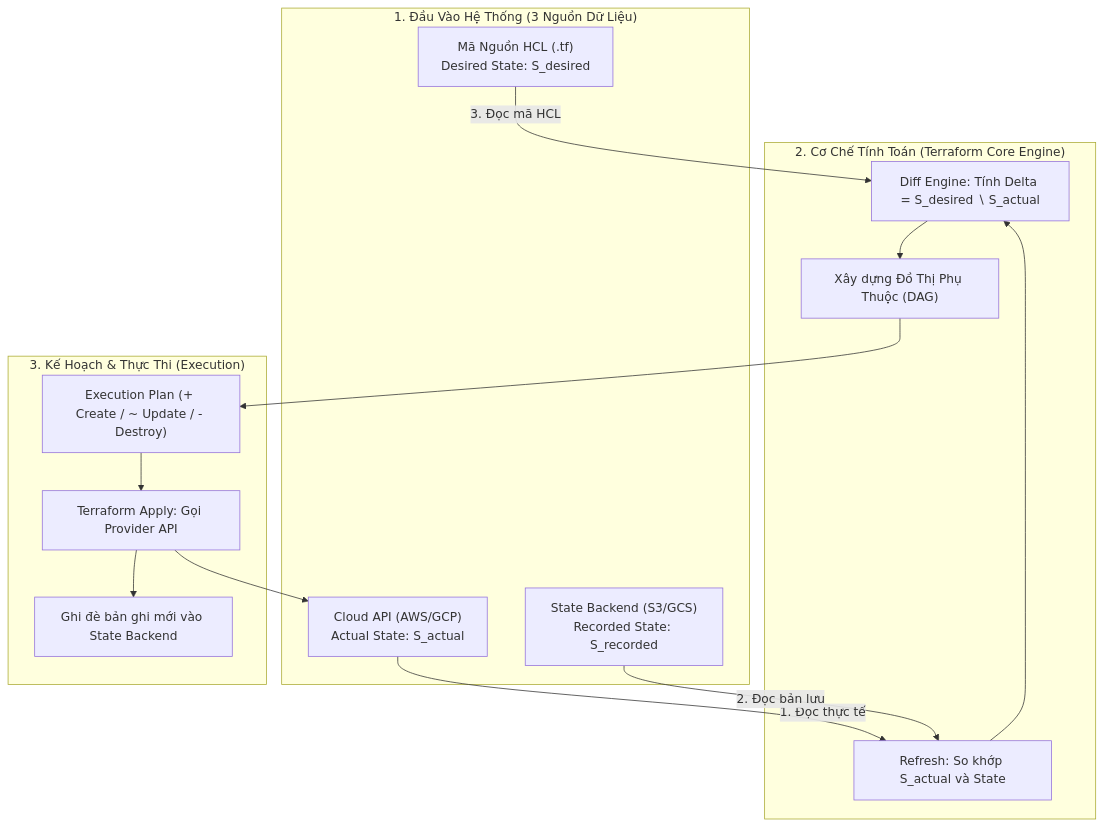
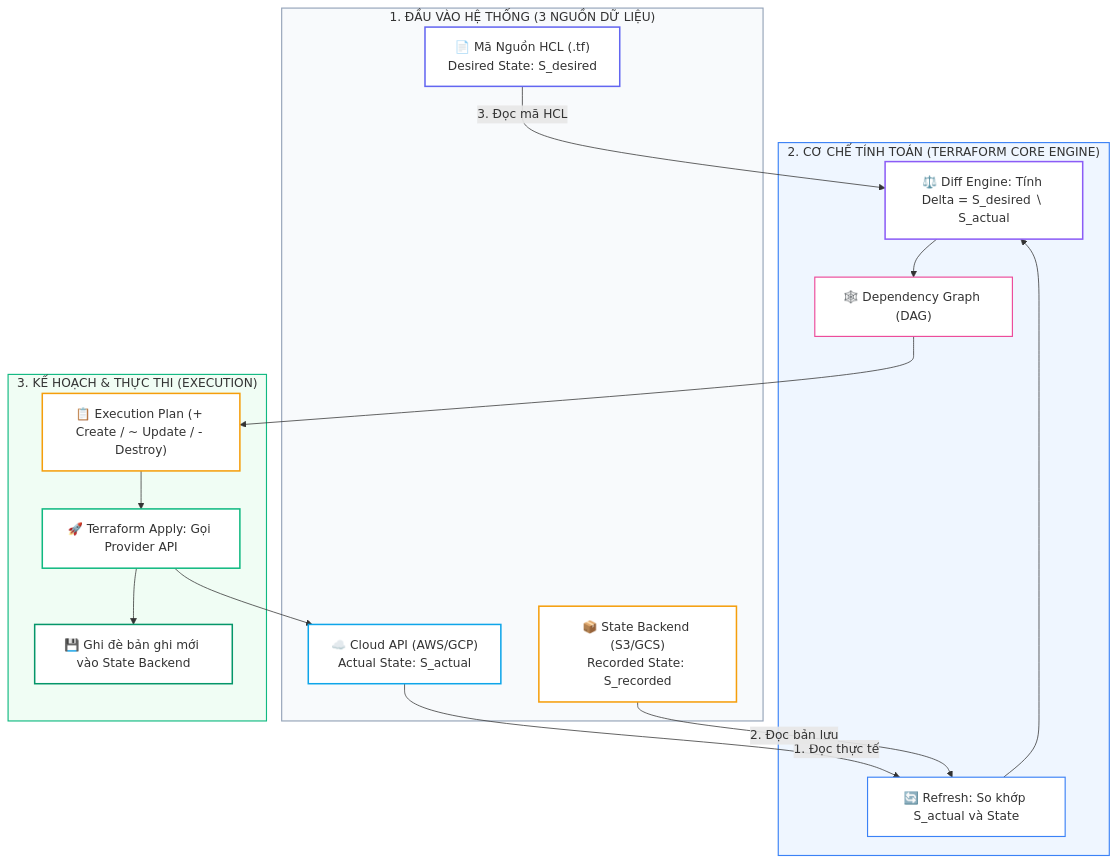
Before and after one commit to kiennt308/ntk: the second of 3 diagrams in _posts/2026-09-13-terraform-01-01-tu-duy-declarative-iac-so-sanh-thuc-chien-terraform-ansible-pulumi.md, drawn with Mermaid. The commit also changed other lines of this file and 1 other file, not shown here.

Commit message:
feat(mermaid): add rich theme styling and vibrant colors to post 01 diagrams

````diff
--- a/_posts/2026-09-13-terraform-01-01-tu-duy-declarative-iac-so-sanh-thuc-chien-terraform-ansible-pulumi.md
+++ b/_posts/2026-09-13-terraform-01-01-tu-duy-declarative-iac-so-sanh-thuc-chien-terraform-ansible-pulumi.md
@@ -77,30 +86,46 @@
 ```mermaid
 flowchart TD
-    subgraph Inputs["1. Đầu Vào Hệ Thống (3 Nguồn Dữ Liệu)"]
-        HCL["Mã Nguồn HCL (.tf)<br/>Desired State: S_desired"]
-        STATE["State Backend (S3/GCS)<br/>Recorded State: S_recorded"]
-        CLOUD["Cloud API (AWS/GCP)<br/>Actual State: S_actual"]
+    subgraph Inputs["1. ĐẦU VÀO HỆ THỐNG (3 NGUỒN DỮ LIỆU)"]
+        HCL["📄 Mã Nguồn HCL (.tf)<br/>Desired State: S_desired"]
+        STATE["📦 State Backend (S3/GCS)<br/>Recorded State: S_recorded"]
+        CLOUD["☁️ Cloud API (AWS/GCP)<br/>Actual State: S_actual"]
     end
 
-    subgraph Core["2. Cơ Chế Tính Toán (Terraform Core Engine)"]
-        REFRESH["Refresh: So khớp S_actual và State"]
-        DIFF["Diff Engine: Tính Delta = S_desired ∖ S_actual"]
-        DAG["Xây dựng Đồ Thị Phụ Thuộc (DAG)"]
+    subgraph Core["2. CƠ CHẾ TÍNH TOÁN (TERRAFORM CORE ENGINE)"]
+        REFRESH["🔄 Refresh: So khớp S_actual và State"]
+        DIFF["⚖️ Diff Engine: Tính Delta = S_desired ∖ S_actual"]
+        DAG["🕸️ Dependency Graph (DAG)"]
     end
 
-    subgraph Outputs["3. Kế Hoạch & Thực Thi (Execution)"]
-        PLAN["Execution Plan (+ Create / ~ Update / - Destroy)"]
-        APPLY["Terraform Apply: Gọi Provider API"]
-        NEW_STATE["Ghi đè bản ghi mới vào State Backend"]
+    subgraph Outputs["3. KẾ HOẠCH & THỰC THI (EXECUTION)"]
+        PLAN["📋 Execution Plan (+ Create / ~ Update / - Destroy)"]
+        APPLY["🚀 Terraform Apply: Gọi Provider API"]
+        NEW_STATE["💾 Ghi đè bản ghi mới vào State Backend"]
     end
 
     CLOUD -->|1. Đọc thực tế| REFRESH
     STATE -->|2. Đọc bản lưu| REFRESH
     REFRESH --> DIFF
     HCL -->|3. Đọc mã HCL| DIFF
     DIFF --> DAG
     DAG --> PLAN
     PLAN --> APPLY
     APPLY --> CLOUD
     APPLY --> NEW_STATE
+
+    style Inputs fill:#f8fafc,stroke:#94a3b8,stroke-width:1.5px
+    style Core fill:#eff6ff,stroke:#3b82f6,stroke-width:1.5px
+    style Outputs fill:#f0fdf4,stroke:#10b981,stroke-width:1.5px
+
+    style HCL fill:#ffffff,stroke:#6366f1,stroke-width:2px
+    style STATE fill:#ffffff,stroke:#f59e0b,stroke-width:2px
+    style CLOUD fill:#ffffff,stroke:#0ea5e9,stroke-width:2px
+
+    style REFRESH fill:#ffffff,stroke:#3b82f6,stroke-width:1.5px
+    style DIFF fill:#ffffff,stroke:#8b5cf6,stroke-width:2px
+    style DAG fill:#ffffff,stroke:#ec4899,stroke-width:1.5px
+
+    style PLAN fill:#ffffff,stroke:#f59e0b,stroke-width:2px
+    style APPLY fill:#ffffff,stroke:#10b981,stroke-width:2px
+    style NEW_STATE fill:#ffffff,stroke:#059669,stroke-width:2px
 ```
````
